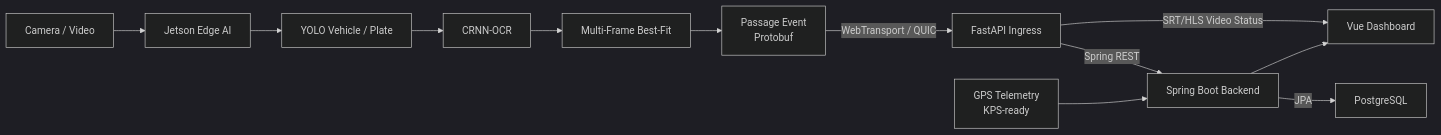
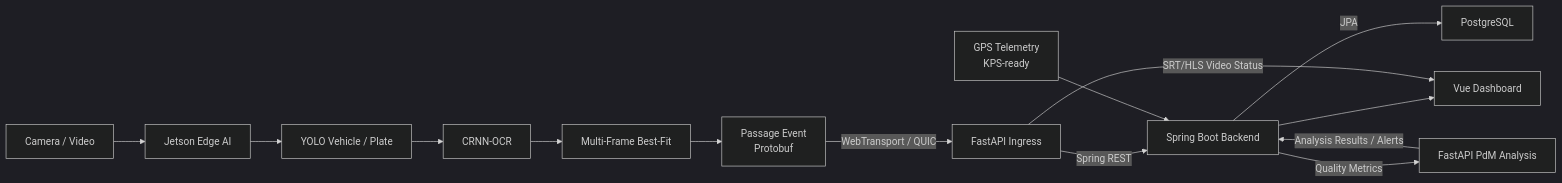
One commit to teamweb803/straffic_hi-five-1st-project changed the first of 3 diagrams in README.md. Above: the diagram before and after it, drawn with Mermaid (dark theme). The commit also changed other lines of this file and 2 other files, not shown here.

Commit message:
docs: update README for PDM

````diff
--- a/README.md
+++ b/README.md
@@ -101,14 +128,16 @@
 ```mermaid
 flowchart LR
     C["Camera / Video"] --> J["Jetson Edge AI"]
     J --> Y["YOLO Vehicle / Plate"]
     Y --> O["CRNN-OCR"]
     O --> B["Multi-Frame Best-Fit"]
     B --> P["Passage Event<br/>Protobuf"]
     P -->|WebTransport / QUIC| I["FastAPI Ingress"]
     I -->|Spring REST| S["Spring Boot Backend"]
     G["GPS Telemetry<br/>KPS-ready"] --> S
     S -->|JPA| D["PostgreSQL"]
     S --> V["Vue Dashboard"]
     I -->|SRT/HLS Video Status| V
+    S -->|Quality Metrics| PDM["FastAPI PdM Analysis"]
+    PDM -->|Analysis Results / Alerts| S
 ```
````
